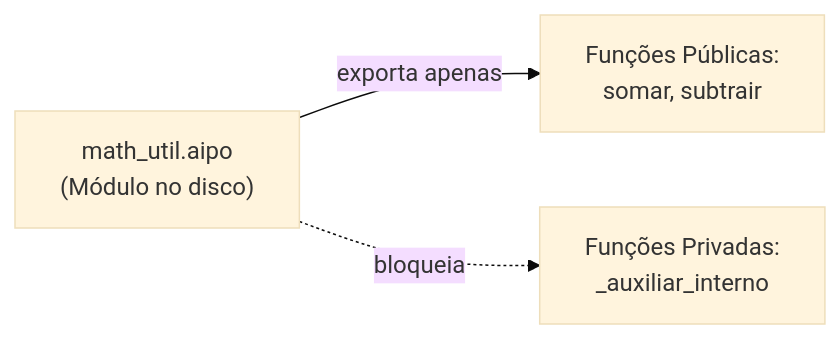
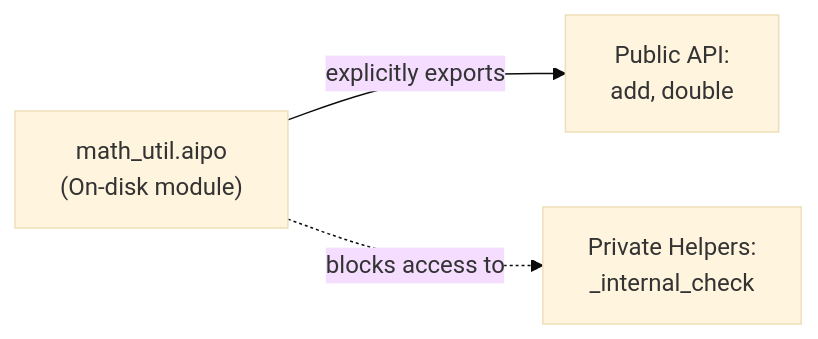
One commit to poppy-team/poppy.lat changed the first of 3 diagrams in site/en/aipo/docs/guides/manual/packages-and-modules.md. Above: the diagram before and after it, drawn with Mermaid (base theme). The commit also changed other lines of this file and 235 other files, not shown here.

````diff
--- a/site/en/aipo/docs/guides/manual/packages-and-modules.md
+++ b/site/en/aipo/docs/guides/manual/packages-and-modules.md
@@ -31,5 +31,5 @@
 ```mermaid
 graph LR
-    Arquivo["math_util.aipo<br>(Módulo no disco)"] -->|exporta apenas| Publico["Funções Públicas:<br>somar, subtrair"]
-    Arquivo -.->|bloqueia| Privado["Funções Privadas:<br>_auxiliar_interno"]
+    File["math_util.aipo<br>(On-disk module)"] -->|explicitly exports| Public["Public API:<br>add, double"]
+    File -.->|blocks access to| Private["Private Helpers:<br>_internal_check"]
 ```
````
